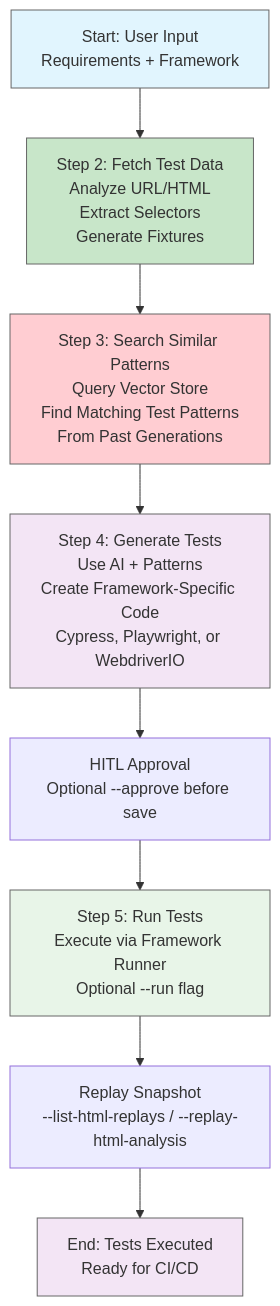
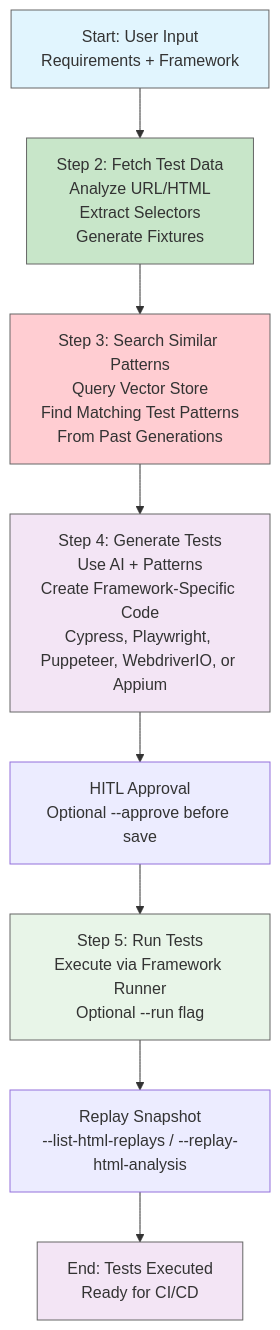
One commit to aiqualitylab/ai-natural-language-tests changed the third of 4 diagrams in README.md. Above: the diagram before and after it, drawn with Mermaid. The commit also changed other lines of this file, not shown here.

First line of the commit message:
docs(readme): add Puppeteer framework documentation

````diff
--- a/README.md
+++ b/README.md
@@ -250,17 +269,17 @@
 ```mermaid
 flowchart TD
     A[Start: User Input<br/>Requirements + Framework] --> C[Step 2: Fetch Test Data<br/>Analyze URL/HTML<br/>Extract Selectors<br/>Generate Fixtures]
     C --> D[Step 3: Search Similar Patterns<br/>Query Vector Store<br/>Find Matching Test Patterns<br/>From Past Generations]
-    D --> E[Step 4: Generate Tests<br/>Use AI + Patterns<br/>Create Framework-Specific Code<br/>Cypress, Playwright, or WebdriverIO]
+    D --> E[Step 4: Generate Tests<br/>Use AI + Patterns<br/>Create Framework-Specific Code<br/>Cypress, Playwright, Puppeteer, WebdriverIO, or Appium]
     E --> H[HITL Approval<br/>Optional --approve before save]
     H --> F[Step 5: Run Tests<br/>Execute via Framework Runner<br/>Optional --run flag]
     F --> R[Replay Snapshot<br/>--list-html-replays / --replay-html-analysis]
     R --> G[End: Tests Executed<br/>Ready for CI/CD]
 
     style A fill:#e1f5fe,color:#333333,stroke:#666666
     style C fill:#c8e6c9,color:#333333,stroke:#666666
     style D fill:#ffcdd2,color:#333333,stroke:#666666
     style E fill:#f3e5f5,color:#333333,stroke:#666666
     style F fill:#e8f5e8,color:#333333,stroke:#666666
     style G fill:#f3e5f5,color:#333333,stroke:#666666
 ```
````
